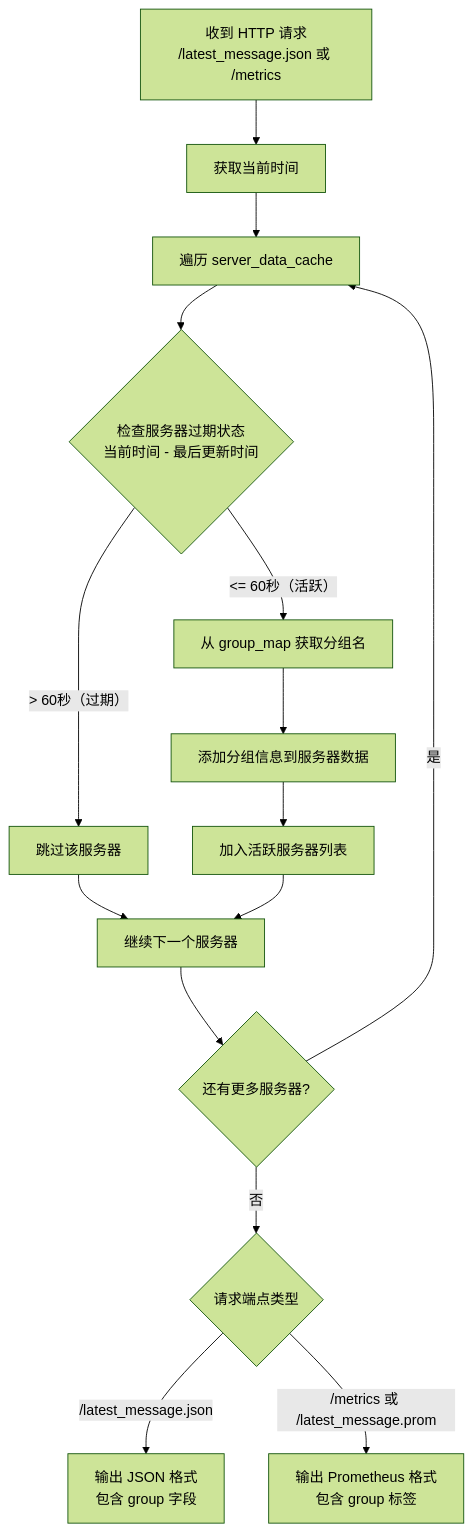
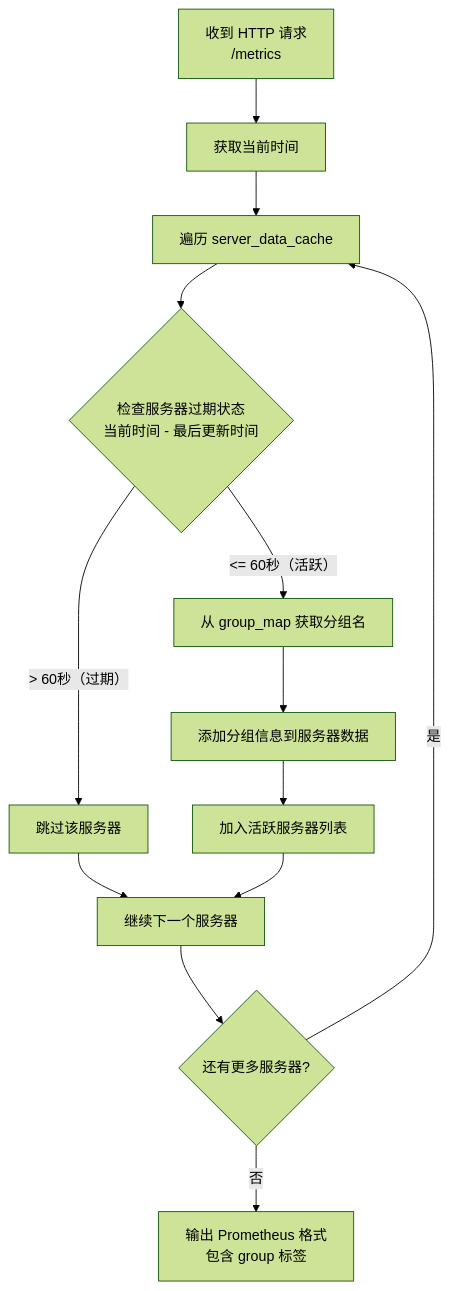
One commit to Moeyuuko/nezhaV1-exporter changed the fifth of 9 diagrams in nezha-exporter.md. Above: the diagram before and after it, drawn with Mermaid (forest theme). The commit also changed other lines of this file and 4 other files, not shown here.

````diff
--- a/nezha-exporter.md
+++ b/nezha-exporter.md
@@ -149,17 +157,15 @@
 ```mermaid
 flowchart TD
-    A["收到 HTTP 请求<br/>/latest_message.json 或 /metrics"] --> B["获取当前时间"]
+    A["收到 HTTP 请求<br/>/metrics"] --> B["获取当前时间"]
     B --> C["遍历 server_data_cache"]
     C --> D{"检查服务器过期状态<br/>当前时间 - 最后更新时间"}
     D -- "<= 60秒（活跃）" --> E["从 group_map 获取分组名"]
     D -- "> 60秒（过期）" --> F["跳过该服务器"]
     E --> G["添加分组信息到服务器数据"]
     G --> H["加入活跃服务器列表"]
     F --> I["继续下一个服务器"]
     H --> I
     I --> J{"还有更多服务器?"}
     J -- "是" --> C
-    J -- "否" --> K{"请求端点类型"}
-    K -- "/latest_message.json" --> L["输出 JSON 格式<br/>包含 group 字段"]
-    K -- "/metrics 或 /latest_message.prom" --> M["输出 Prometheus 格式<br/>包含 group 标签"]
+    J -- "否" --> K["输出 Prometheus 格式<br/>包含 group 标签"]
 ```
````
